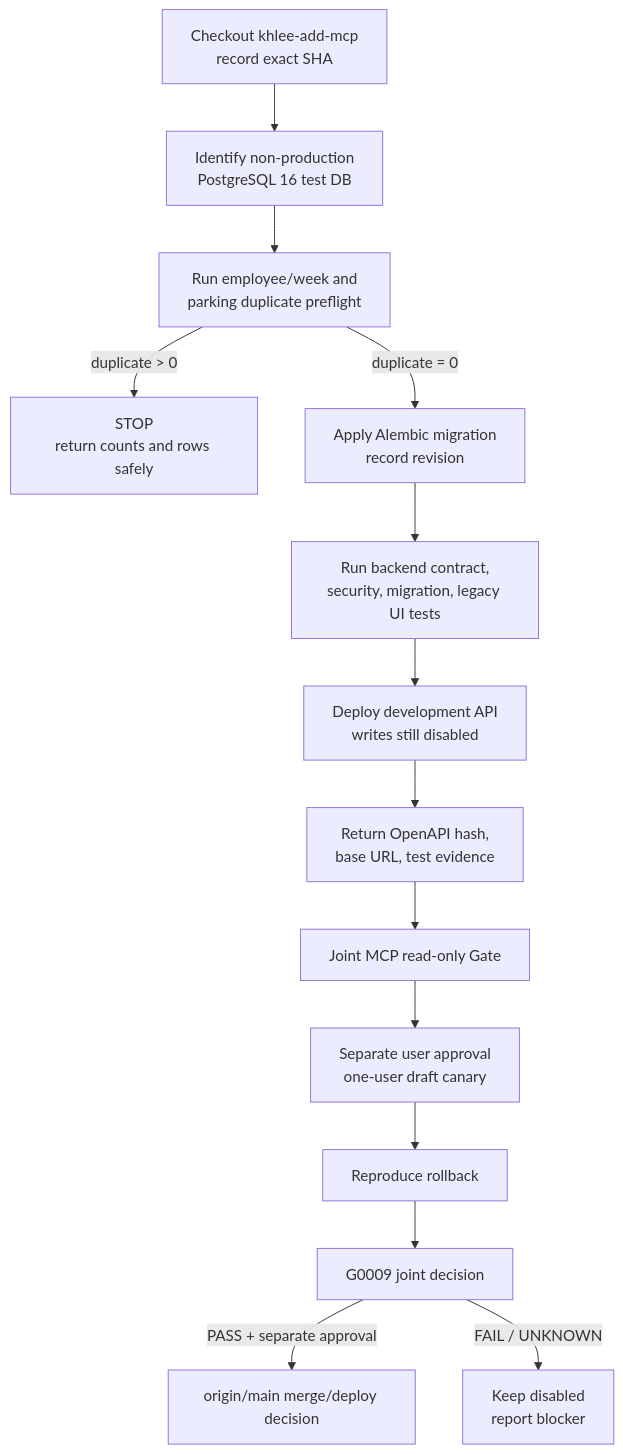
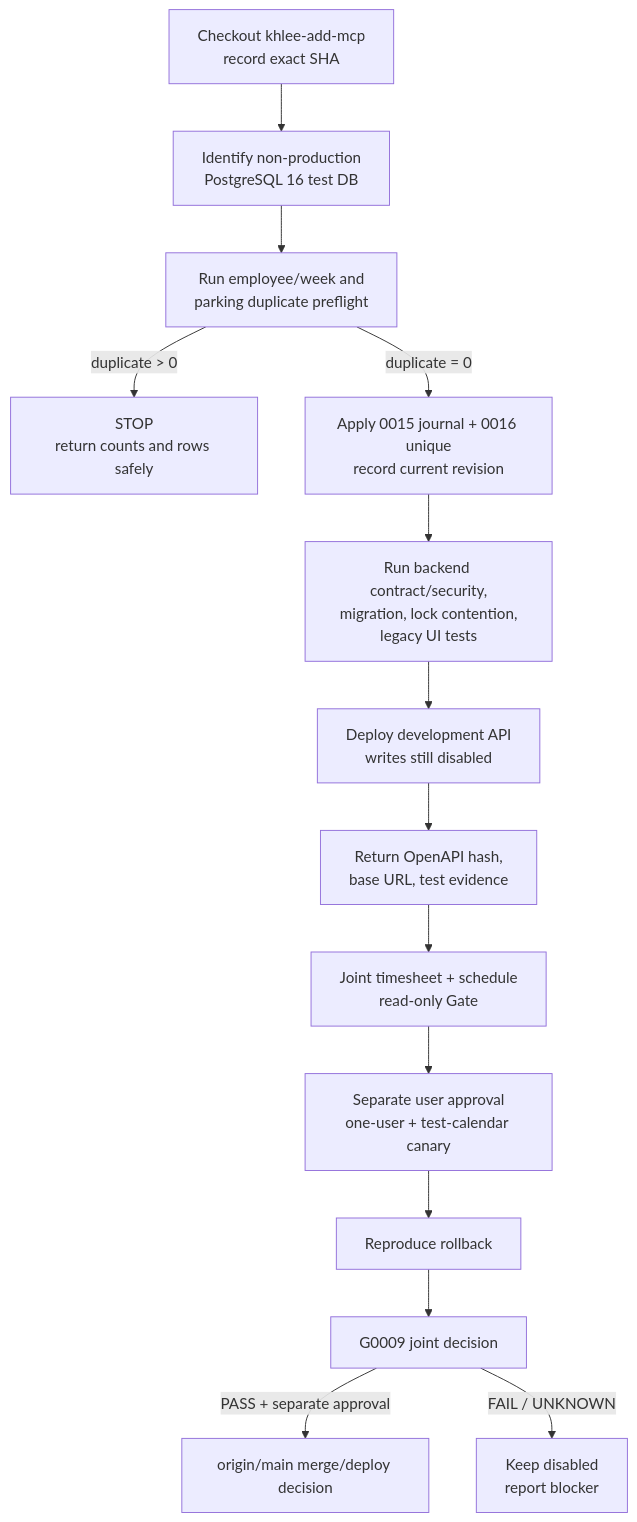
The first of 2 diagrams in docs/mcp/APPLY-AND-ROLLBACK.md (ElroyKwon/LSS_ERP), drawn with Mermaid before and after one commit. The commit also changed other lines of this file and 57 other files, not shown here.

Commit message:
feat(mcp): add enterprise schedule controls

````diff
--- a/docs/mcp/APPLY-AND-ROLLBACK.md
+++ b/docs/mcp/APPLY-AND-ROLLBACK.md
@@ -16,16 +16,16 @@
 ```mermaid
 flowchart TD
     A["Checkout khlee-add-mcp<br/>record exact SHA"] --> B["Identify non-production<br/>PostgreSQL 16 test DB"]
     B --> C["Run employee/week and<br/>parking duplicate preflight"]
     C -->|"duplicate > 0"| STOP["STOP<br/>return counts and rows safely"]
-    C -->|"duplicate = 0"| D["Apply Alembic migration<br/>record revision"]
-    D --> E["Run backend contract,<br/>security, migration, legacy UI tests"]
+    C -->|"duplicate = 0"| D["Apply 0015 journal + 0016 unique<br/>record current revision"]
+    D --> E["Run backend contract/security,<br/>migration, lock contention,<br/>legacy UI tests"]
     E --> F["Deploy development API<br/>writes still disabled"]
     F --> G["Return OpenAPI hash,<br/>base URL, test evidence"]
-    G --> H["Joint MCP read-only Gate"]
-    H --> I["Separate user approval<br/>one-user draft canary"]
+    G --> H["Joint timesheet + schedule<br/>read-only Gate"]
+    H --> I["Separate user approval<br/>one-user + test-calendar canary"]
     I --> J["Reproduce rollback"]
     J --> K["G0009 joint decision"]
     K -->|"PASS + separate approval"| L["origin/main merge/deploy decision"]
     K -->|"FAIL / UNKNOWN"| STOP2["Keep disabled<br/>report blocker"]
 ```
````
